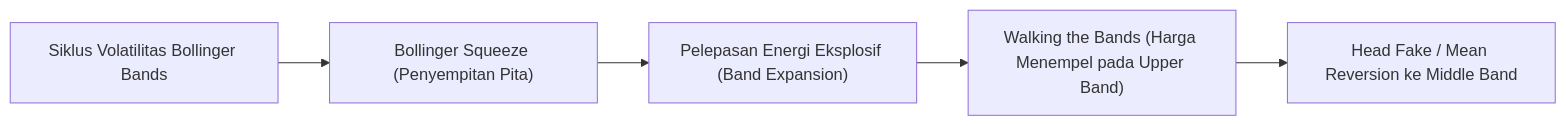
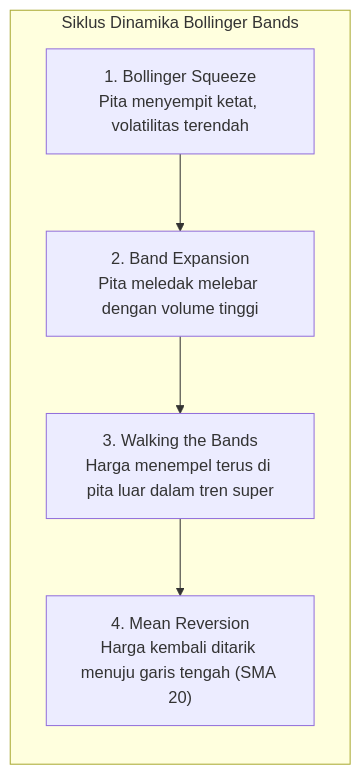
The third of 5 diagrams in docs/edianto-ong/25-technical-indicators.md (AlulCode45/Trading-Learning-Path), drawn with Mermaid before and after one commit. The commit also changed other lines of this file and 29 other files, not shown here.

Commit message:
docs(edianto-ong): upgrade all 29 chapters with beginner analogies, diagrams, step-by-step guides, and case studies

````diff
--- a/docs/edianto-ong/25-technical-indicators.md
+++ b/docs/edianto-ong/25-technical-indicators.md
@@ -86,8 +98,8 @@
 ```mermaid
 flowchart LR
-    BBState["Siklus Volatilitas Bollinger Bands"]
-    BBState --> Squeeze["Bollinger Squeeze (Penyempitan Pita)"]
-    Squeeze --> Breakout["Pelepasan Energi Eksplosif (Band Expansion)"]
-    Breakout --> Walking["Walking the Bands (Harga Menempel pada Upper Band)"]
-    Walking --> Exhaustion["Head Fake / Mean Reversion ke Middle Band"]
+    subgraph SiklusBollinger["Siklus Dinamika Bollinger Bands"]
+        Squeeze["1. Bollinger Squeeze<br/>Pita menyempit ketat, volatilitas terendah"] --> Breakout["2. Band Expansion<br/>Pita meledak melebar dengan volume tinggi"]
+        Breakout --> Walking["3. Walking the Bands<br/>Harga menempel terus di pita luar dalam tren super"]
+        Walking --> MeanRev["4. Mean Reversion<br/>Harga kembali ditarik menuju garis tengah (SMA 20)"]
+    end
 ```
````
